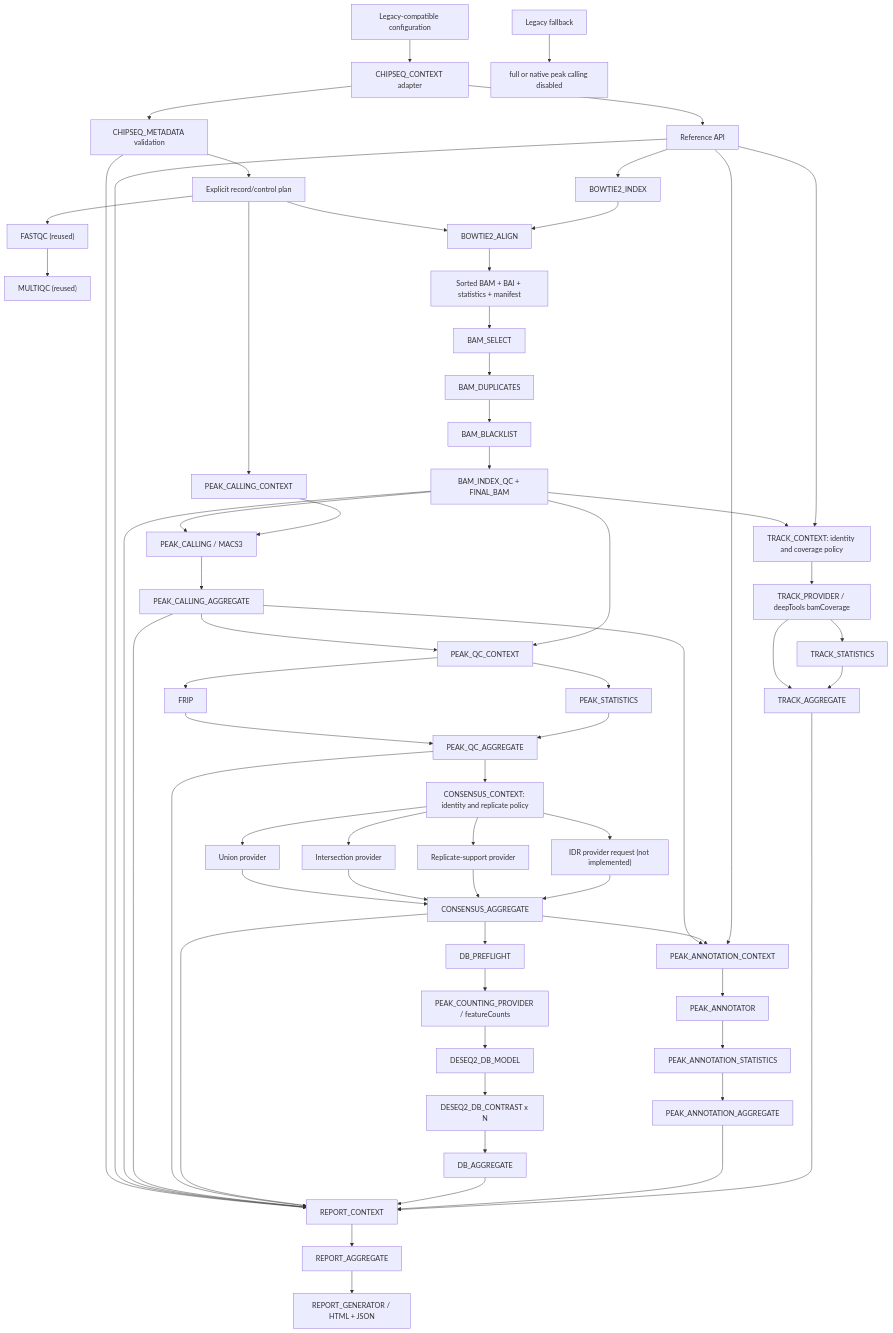
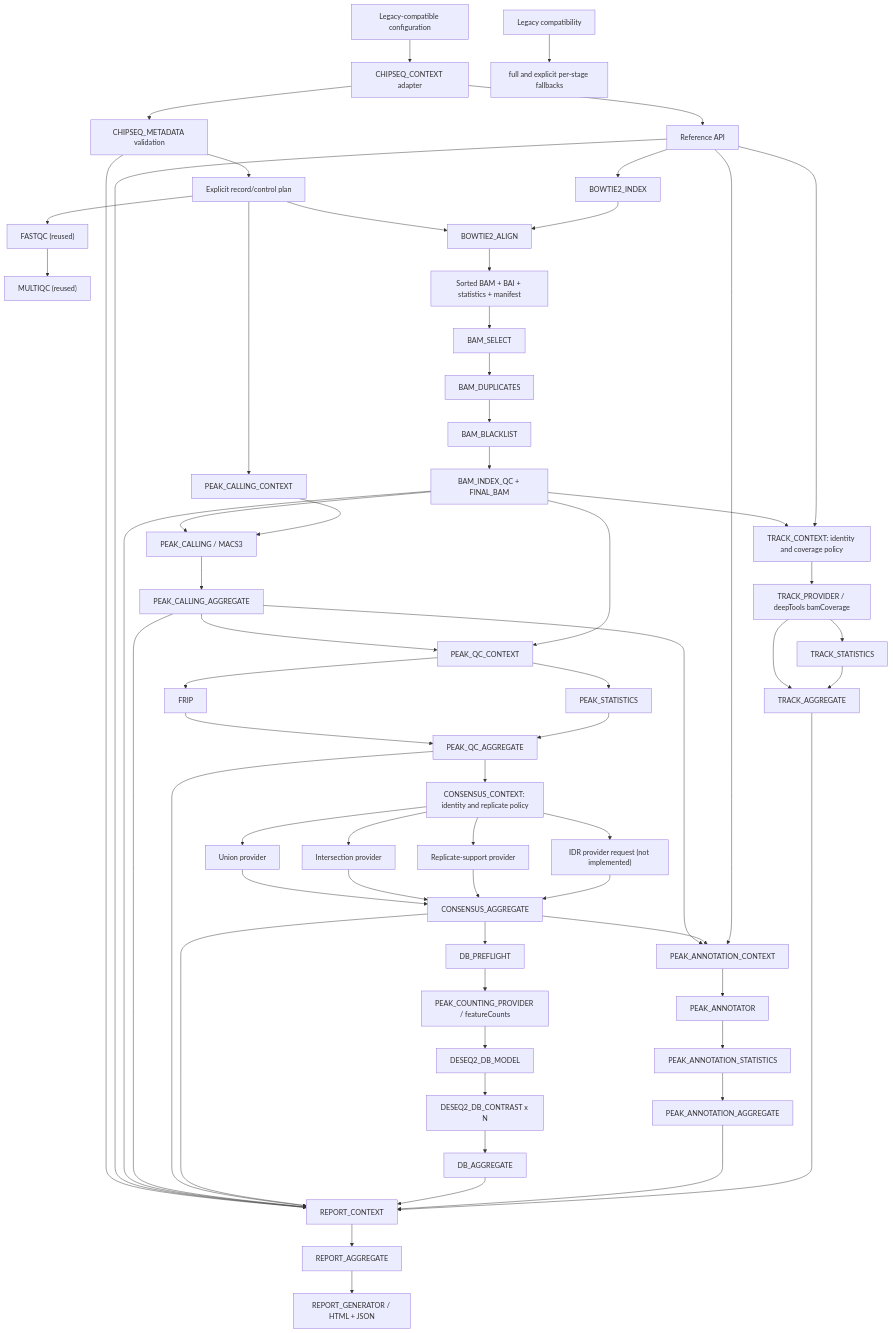
One commit to GMiguelAlves/HelixForge changed the diagram in docs/chipseq-architecture.md. Above: the diagram before and after it, drawn with Mermaid. The commit also changed other lines of this file and 11 other files, not shown here.

Commit message:
Document architecture audit

````diff
--- a/docs/chipseq-architecture.md
+++ b/docs/chipseq-architecture.md
@@ -7,70 +7,70 @@
 ```mermaid
 flowchart TD
     CFG["Legacy-compatible configuration"] --> CTX["CHIPSEQ_CONTEXT adapter"]
     CTX --> META["CHIPSEQ_METADATA validation"]
     META --> PLAN["Explicit record/control plan"]
     PLAN --> FQ["FASTQC (reused)"]
     FQ --> MQ["MULTIQC (reused)"]
     CTX --> REF["Reference API"]
     REF --> BI["BOWTIE2_INDEX"]
     PLAN --> BA["BOWTIE2_ALIGN"]
     BI --> BA
     BA --> BAM["Sorted BAM + BAI + statistics + manifest"]
 
     BAM --> SEL["BAM_SELECT"]
     SEL --> DUP["BAM_DUPLICATES"]
     DUP --> BL["BAM_BLACKLIST"]
     BL --> FINAL["BAM_INDEX_QC + FINAL_BAM"]
     PLAN --> PCTX["PEAK_CALLING_CONTEXT"]
     FINAL --> PC["PEAK_CALLING / MACS3"]
     PCTX --> PC
     PC --> PAGG["PEAK_CALLING_AGGREGATE"]
     PAGG --> PQC["PEAK_QC_CONTEXT"]
     FINAL --> PQC
     PQC --> FRIP["FRIP"]
     PQC --> PSTAT["PEAK_STATISTICS"]
     FRIP --> QAGG["PEAK_QC_AGGREGATE"]
     PSTAT --> QAGG
     QAGG --> CCTX["CONSENSUS_CONTEXT: identity and replicate policy"]
     CCTX --> UNION["Union provider"]
     CCTX --> INTER["Intersection provider"]
     CCTX --> SUPPORT["Replicate-support provider"]
     CCTX --> IDR["IDR provider request (not implemented)"]
     UNION --> CAGG["CONSENSUS_AGGREGATE"]
     INTER --> CAGG
     SUPPORT --> CAGG
     IDR --> CAGG
     CAGG --> DBP["DB_PREFLIGHT"]
     DBP --> COUNT["PEAK_COUNTING_PROVIDER / featureCounts"]
     COUNT --> DBM["DESEQ2_DB_MODEL"]
     DBM --> DBC["DESEQ2_DB_CONTRAST x N"]
     DBC --> DBA["DB_AGGREGATE"]
 
     PAGG --> ACTX["PEAK_ANNOTATION_CONTEXT"]
     CAGG --> ACTX
     REF --> ACTX
     ACTX --> ANNO["PEAK_ANNOTATOR"]
     ANNO --> ASTAT["PEAK_ANNOTATION_STATISTICS"]
     ASTAT --> AAGG["PEAK_ANNOTATION_AGGREGATE"]
 
     FINAL --> TCTX["TRACK_CONTEXT: identity and coverage policy"]
     REF --> TCTX
     TCTX --> TPROV["TRACK_PROVIDER / deepTools bamCoverage"]
     TPROV --> TSTAT["TRACK_STATISTICS"]
     TPROV --> TAGG["TRACK_AGGREGATE"]
     TSTAT --> TAGG
 
     META --> RCTX["REPORT_CONTEXT"]
     REF --> RCTX
     FINAL --> RCTX
     PAGG --> RCTX
     QAGG --> RCTX
     CAGG --> RCTX
     DBA --> RCTX
     AAGG --> RCTX
     TAGG --> RCTX
     RCTX --> RAGG["REPORT_AGGREGATE"]
     RAGG --> RGEN["REPORT_GENERATOR / HTML + JSON"]
 
-    LEG["Legacy fallback"] --> FULL["full or native peak calling disabled"]
+    LEG["Legacy compatibility"] --> FULL["full and explicit per-stage fallbacks"]
 ```
````
